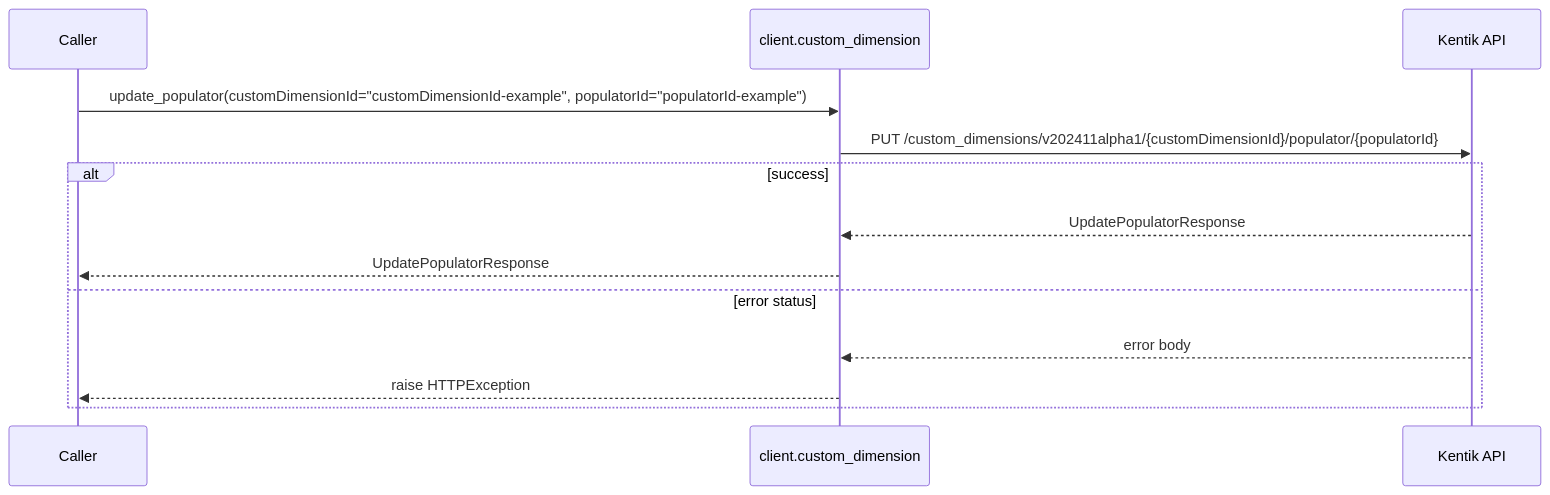
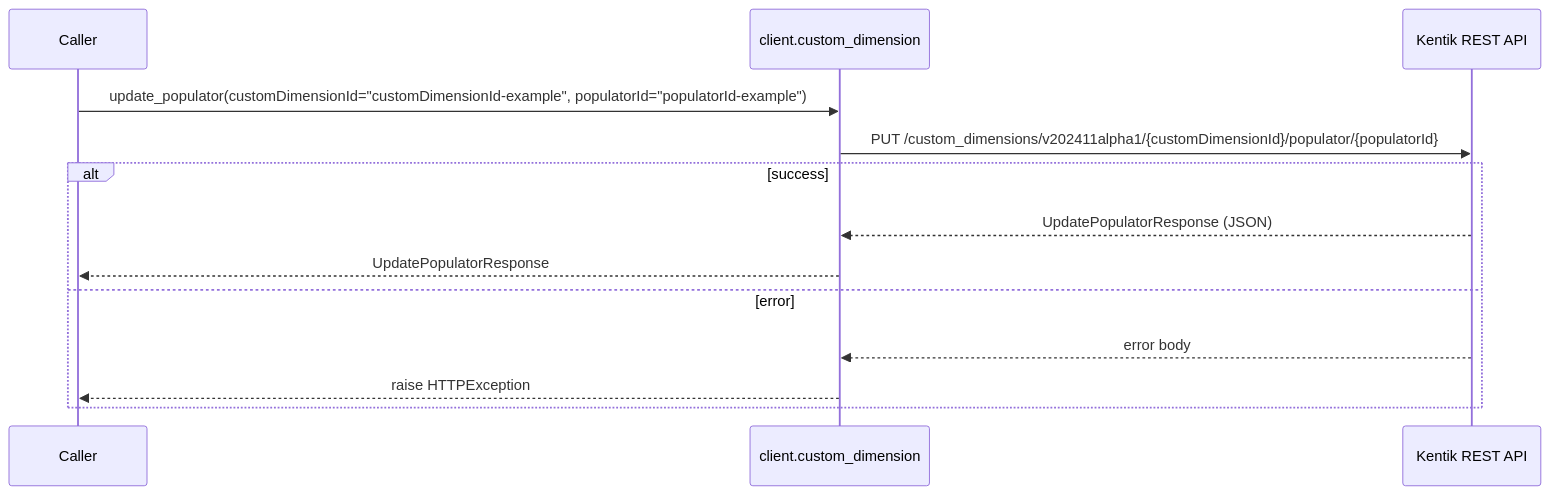
Diagram 14 of 22 in docs/sphinx/services/custom_dimension.md (alexdearaujo/community_sdk_python), drawn with Mermaid before and after one commit. The commit also changed other lines of this file and 61 other files, not shown here.

````diff
--- a/docs/sphinx/services/custom_dimension.md
+++ b/docs/sphinx/services/custom_dimension.md
@@ -330,16 +482,16 @@
 ```mermaid
 sequenceDiagram
     participant C as Caller
     participant W as client.custom_dimension
-    participant API as Kentik API
+    participant API as Kentik REST API
 
     C->>W: update_populator(customDimensionId="customDimensionId-example", populatorId="populatorId-example")
     W->>API: PUT /custom_dimensions/v202411alpha1/{customDimensionId}/populator/{populatorId}
     alt success
-        API-->>W: UpdatePopulatorResponse
+        API-->>W: UpdatePopulatorResponse (JSON)
         W-->>C: UpdatePopulatorResponse
-    else error status
+    else error
         API-->>W: error body
         W-->>C: raise HTTPException
     end
 ```
````
